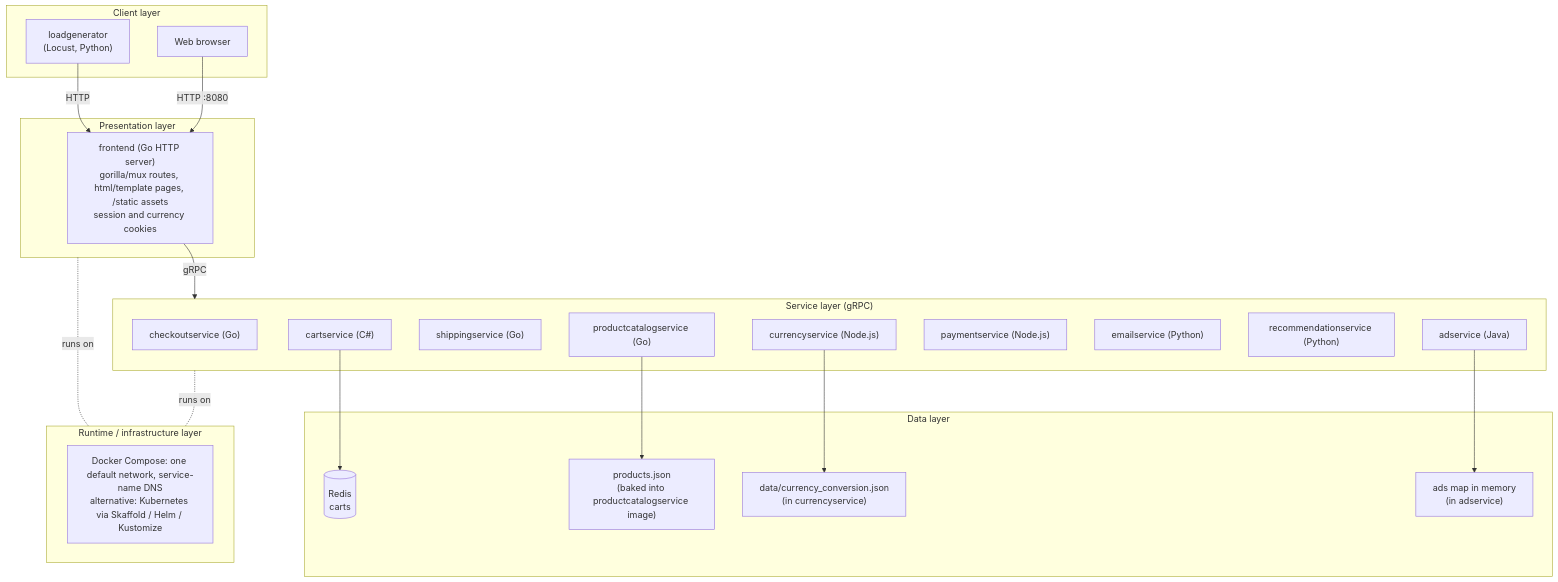
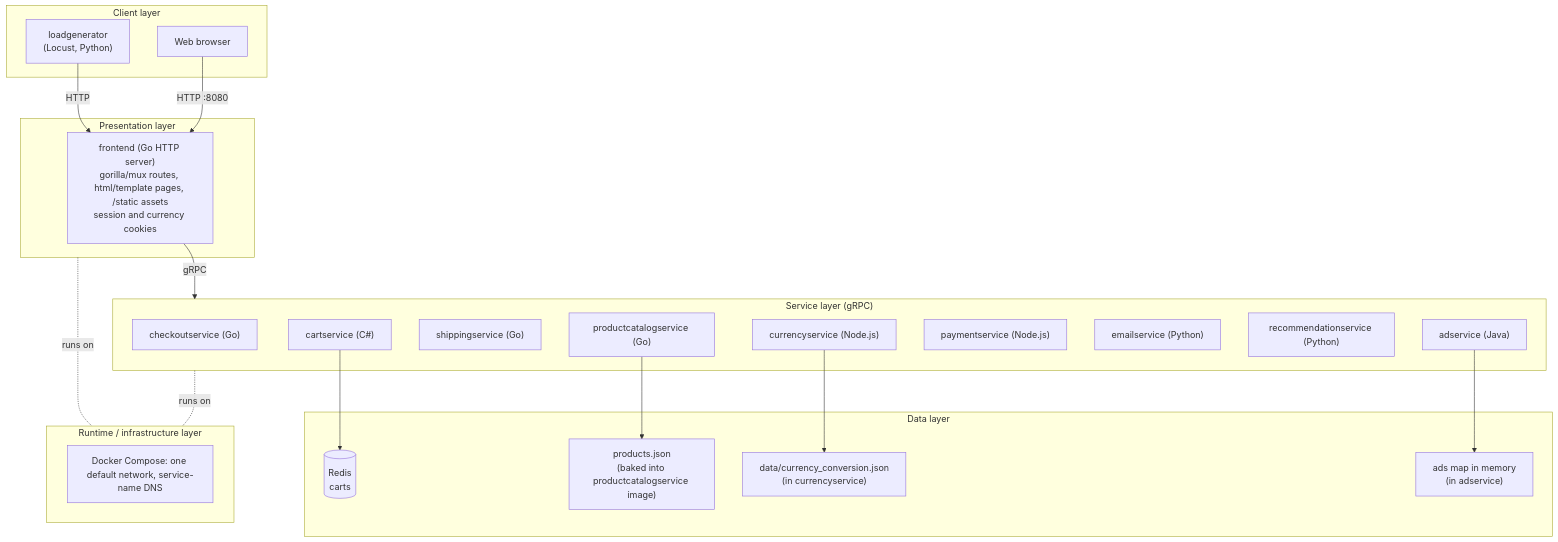
The first of 5 diagrams in docs/architecture.md (iurylira/microservices-demo), drawn with Mermaid before and after one commit. The commit also changed other lines of this file and 162 other files, not shown here.

First line of the commit message:
chore: remove Kubernetes and cloud-deploy assets; Docker Compose only

````diff
--- a/docs/architecture.md
+++ b/docs/architecture.md
@@ -29,44 +28,44 @@
 ```mermaid
 flowchart TB
     subgraph L1["Client layer"]
         B["Web browser"]
         LG["loadgenerator<br/>(Locust, Python)"]
     end
 
     subgraph L2["Presentation layer"]
         FE["frontend (Go HTTP server)<br/>gorilla/mux routes, html/template pages, /static assets<br/>session and currency cookies"]
     end
 
     subgraph L3["Service layer (gRPC)"]
         CO["checkoutservice (Go)"]
         PC["productcatalogservice (Go)"]
         SH["shippingservice (Go)"]
         CA["cartservice (C#)"]
         CU["currencyservice (Node.js)"]
         PA["paymentservice (Node.js)"]
         EM["emailservice (Python)"]
         RE["recommendationservice (Python)"]
         AD["adservice (Java)"]
     end
 
     subgraph L4["Data layer"]
         RD[("Redis<br/>carts")]
         PJ["products.json<br/>(baked into productcatalogservice image)"]
         CJ["data/currency_conversion.json<br/>(in currencyservice)"]
         AM["ads map in memory<br/>(in adservice)"]
     end
 
     subgraph L5["Runtime / infrastructure layer"]
-        DC["Docker Compose: one default network, service-name DNS<br/>alternative: Kubernetes via Skaffold / Helm / Kustomize"]
+        DC["Docker Compose: one default network, service-name DNS"]
     end
 
     B -- "HTTP :8080" --> FE
     LG -- "HTTP" --> FE
     FE -- "gRPC" --> L3
     CA --> RD
     PC --> PJ
     CU --> CJ
     AD --> AM
     L3 -.runs on.- L5
     L2 -.runs on.- L5
 ```
````
